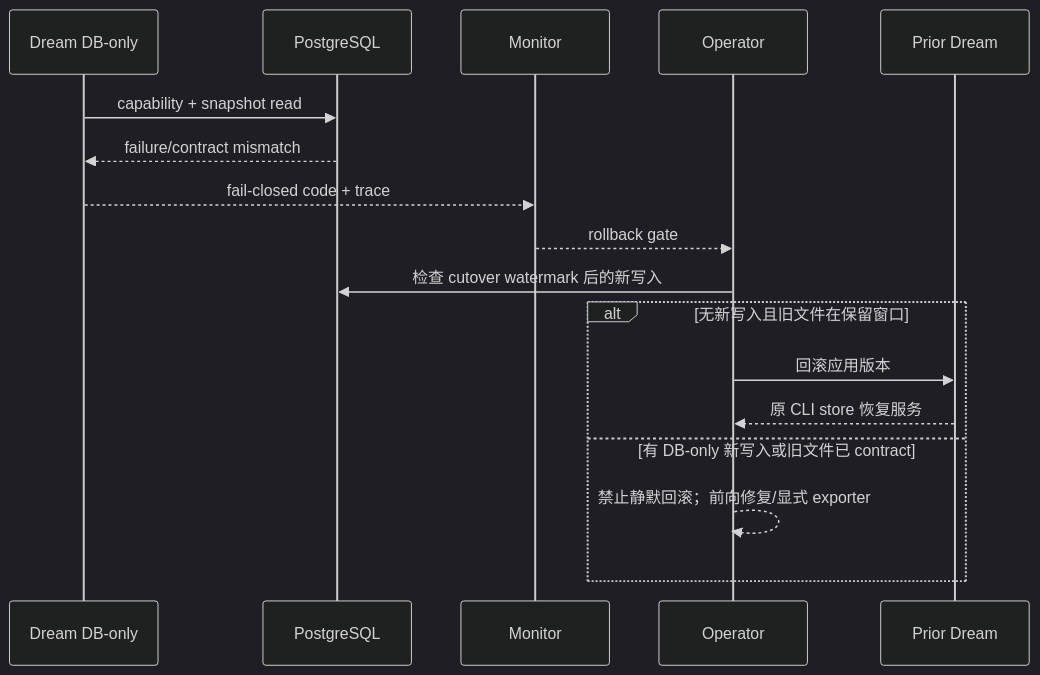
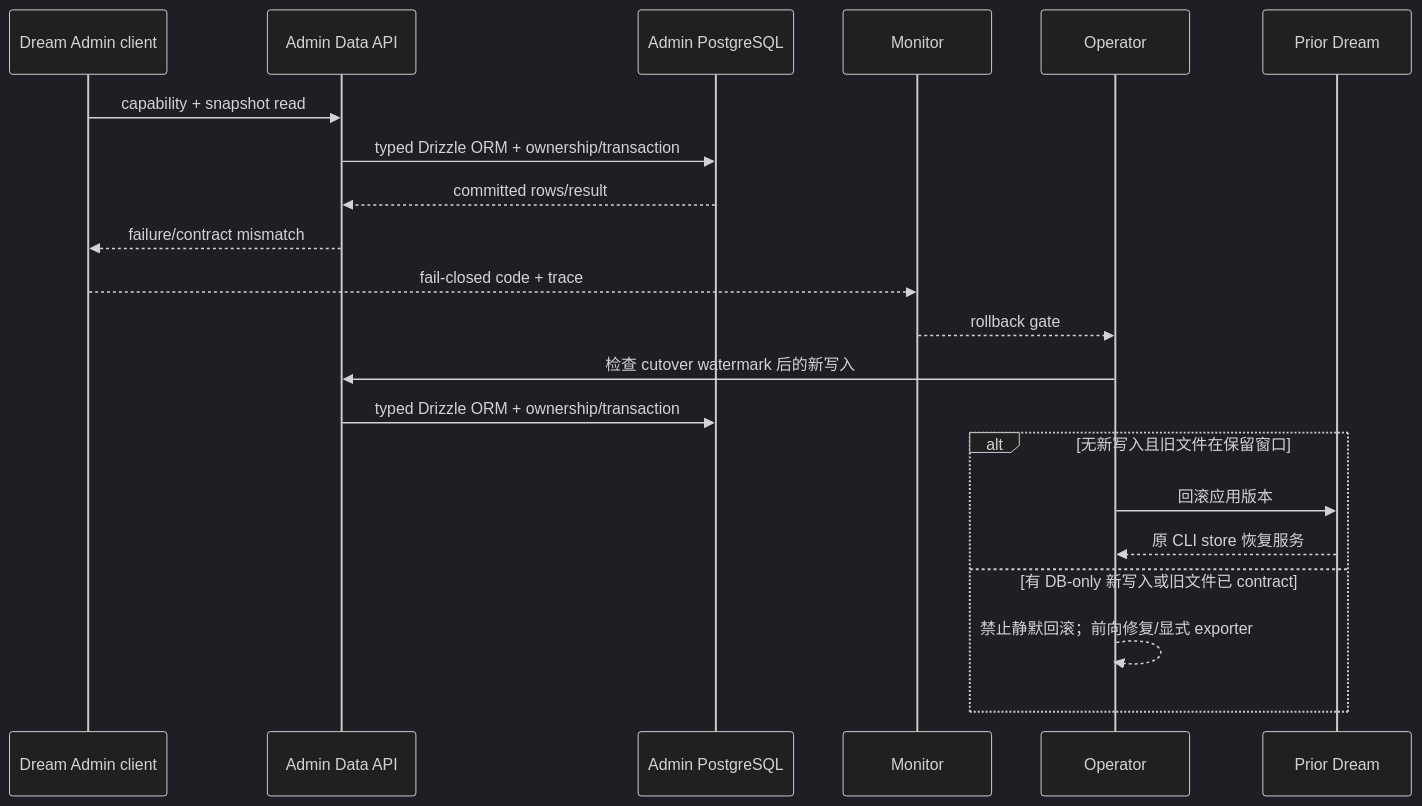
Before and after one commit to glide-the/im-dream: diagram 12 of 12 in docs/design/claude-agent/dream-managed-mcp-resources.md, drawn with Mermaid (dark theme). The commit also changed other lines of this file and 30 other files, not shown here.

````diff
--- a/docs/design/claude-agent/dream-managed-mcp-resources.md
+++ b/docs/design/claude-agent/dream-managed-mcp-resources.md
@@ -544,19 +602,23 @@
 ```mermaid
 sequenceDiagram
-    participant D as Dream DB-only
-    participant DB as PostgreSQL
+    participant D as Dream Admin client
+    participant Admin as Admin Data API
+    participant DB as Admin PostgreSQL
     participant M as Monitor
     participant O as Operator
     participant L as Prior Dream
-    D->>DB: capability + snapshot read
-    DB-->>D: failure/contract mismatch
+    D->>Admin: capability + snapshot read
+    Admin->>DB: typed Drizzle ORM + ownership/transaction
+    DB-->>Admin: committed rows/result
+    Admin-->>D: failure/contract mismatch
     D-->>M: fail-closed code + trace
     M-->>O: rollback gate
-    O->>DB: 检查 cutover watermark 后的新写入
+    O->>Admin: 检查 cutover watermark 后的新写入
+    Admin->>DB: typed Drizzle ORM + ownership/transaction
     alt 无新写入且旧文件在保留窗口
         O->>L: 回滚应用版本
         L-->>O: 原 CLI store 恢复服务
     else 有 DB-only 新写入或旧文件已 contract
         O-->>O: 禁止静默回滚；前向修复/显式 exporter
     end
 ```
````
